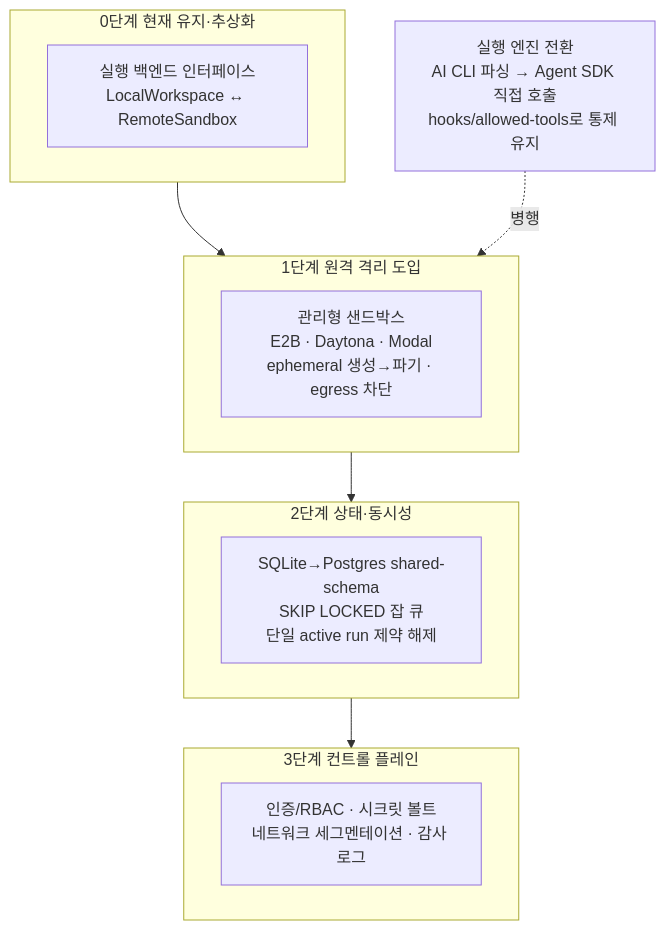
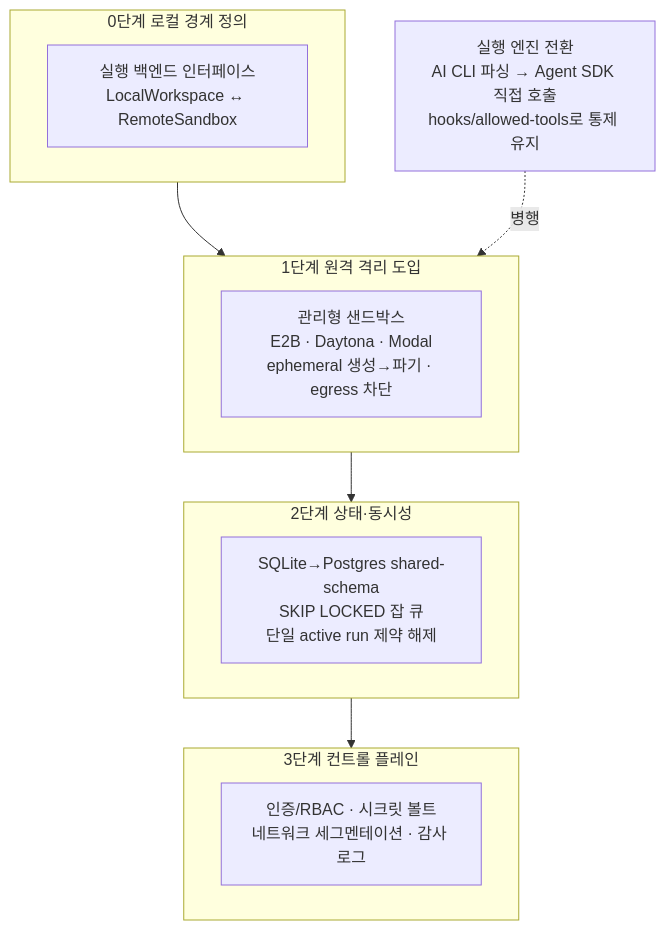
One commit to ttalkkag/ai-qa changed the diagram in docs/research/04-cloud-evolution-architecture.md. Above: the diagram before and after it, drawn with Mermaid. The commit also changed other lines of this file and 12 other files, not shown here.

````diff
--- a/docs/research/04-cloud-evolution-architecture.md
+++ b/docs/research/04-cloud-evolution-architecture.md
@@ -5,19 +5,19 @@
 ```mermaid
 flowchart TB
-    subgraph S0["0단계 현재 유지·추상화"]
+    subgraph S0["0단계 로컬 경계 정의"]
         E0["실행 백엔드 인터페이스<br/>LocalWorkspace ↔ RemoteSandbox"]
     end
     subgraph S1["1단계 원격 격리 도입"]
         E1["관리형 샌드박스<br/>E2B · Daytona · Modal<br/>ephemeral 생성→파기 · egress 차단"]
     end
     subgraph S2["2단계 상태·동시성"]
         E2["SQLite→Postgres shared-schema<br/>SKIP LOCKED 잡 큐<br/>단일 active run 제약 해제"]
     end
     subgraph S3["3단계 컨트롤 플레인"]
         E3["인증/RBAC · 시크릿 볼트<br/>네트워크 세그멘테이션 · 감사 로그"]
     end
 
     S0 --> S1 --> S2 --> S3
     ENGINE["실행 엔진 전환<br/>AI CLI 파싱 → Agent SDK 직접 호출<br/>hooks/allowed-tools로 통제 유지"]
     ENGINE -.병행.-> S1
 ```
````
